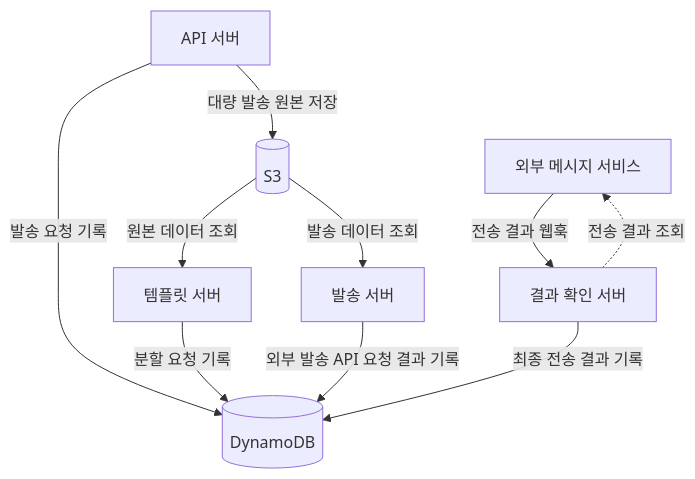
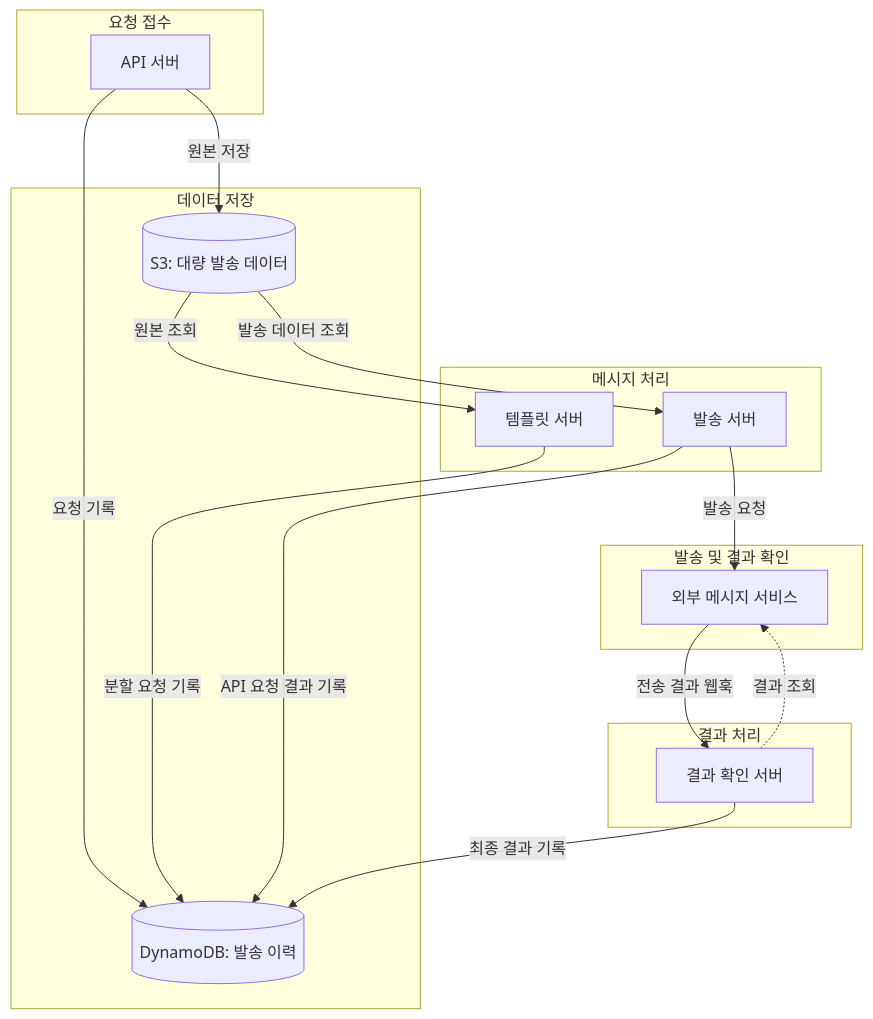
The third of 3 diagrams in projects/education-services/notifications.md (KimHG1995/work-history), drawn with Mermaid before and after one commit. The commit also changed other lines of this file, not shown here.

Commit message:
docs: group notification storage and result flow by responsibility

````diff
--- a/projects/education-services/notifications.md
+++ b/projects/education-services/notifications.md
@@ -141,14 +141,35 @@
 ```mermaid
 flowchart TB
-    api["API 서버"] -->|대량 발송 원본 저장| s3[("S3")]
-    api -->|발송 요청 기록| db[("DynamoDB")]
+    subgraph Entry["요청 접수"]
+        api["API 서버"]
+    end
 
-    s3 -->|원본 데이터 조회| template["템플릿 서버"]
-    s3 -->|발송 데이터 조회| sender["발송 서버"]
+    subgraph Storage["데이터 저장"]
+        s3[("S3: 대량 발송 데이터")]
+        db[("DynamoDB: 발송 이력")]
+    end
+
+    subgraph Processing["메시지 처리"]
+        template["템플릿 서버"]
+        sender["발송 서버"]
+    end
+
+    subgraph Delivery["발송 및 결과 확인"]
+        provider["외부 메시지 서비스"]
+    end
+
+    subgraph Result["결과 처리"]
+        ack["결과 확인 서버"]
+    end
+
+    api -->|원본 저장| s3
+    api -->|요청 기록| db
+    s3 -->|원본 조회| template
+    s3 -->|발송 데이터 조회| sender
     template -->|분할 요청 기록| db
-    sender -->|외부 발송 API 요청 결과 기록| db
-
-    provider["외부 메시지 서비스"] -->|전송 결과 웹훅| ack["결과 확인 서버"]
-    ack -.->|전송 결과 조회| provider
-    ack -->|최종 전송 결과 기록| db
+    sender -->|발송 요청| provider
+    sender -->|API 요청 결과 기록| db
+    provider -->|전송 결과 웹훅| ack
+    ack -.->|결과 조회| provider
+    ack -->|최종 결과 기록| db
 ```
````
